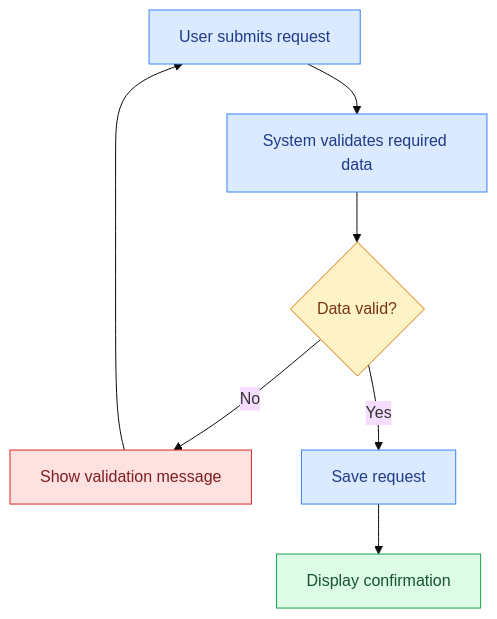
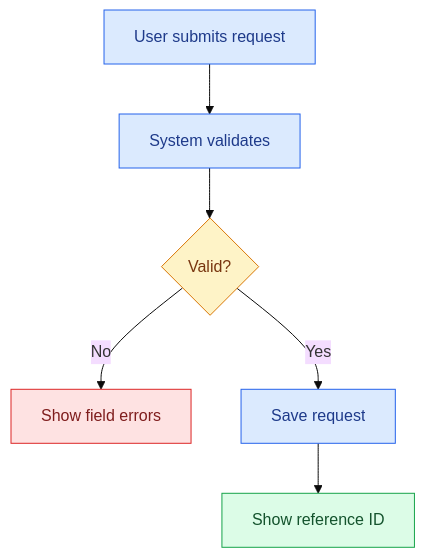
The first of 4 diagrams in SKILL.md (Ducklazy231/system-analysis-skill), drawn with Mermaid (base theme) before and after one commit. The commit also changed other lines of this file, not shown here.

````diff
--- a/SKILL.md
+++ b/SKILL.md
@@ -386,17 +174,16 @@
 ```mermaid
 flowchart TD
-    A[User submits request] --> B[System validates required data]
-    B --> C{Data valid?}
-    C -->|No| D[Show validation message]
-    D --> A
+    A[User submits request] --> B[System validates]
+    B --> C{Valid?}
+    C -->|No| D[Show field errors]
     C -->|Yes| E[Save request]
-    E --> F[Display confirmation]
-    classDef process fill:#DBEAFE,stroke:#3B82F6,color:#1E3A8A
+    E --> F[Show reference ID]
+    classDef process fill:#DBEAFE,stroke:#2563EB,color:#1E3A8A
     classDef decision fill:#FEF3C7,stroke:#D97706,color:#78350F
     classDef success fill:#DCFCE7,stroke:#16A34A,color:#14532D
     classDef error fill:#FEE2E2,stroke:#DC2626,color:#7F1D1D
     class A,B,E process
     class C decision
     class F success
     class D error
 ```
````
